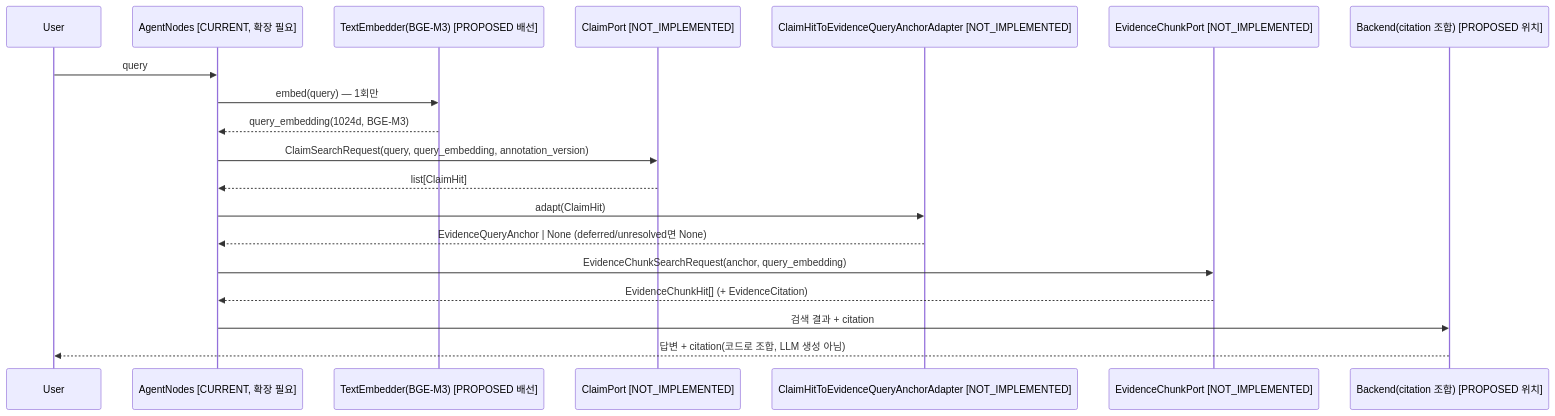
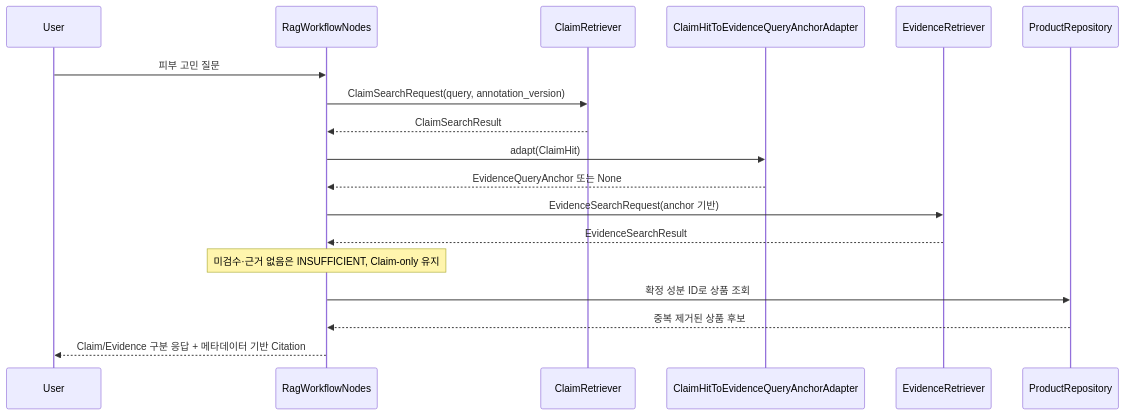
The diagram in docs/contracts/claim-evidence-rag-interface.md (gawonm/skincare), drawn with Mermaid before and after one commit. The commit also changed other lines of this file and 7 other files, not shown here.

Commit message:
docs(agent): 2-Layer RAG 계약과 작업 기록 정리

````diff
--- a/docs/contracts/claim-evidence-rag-interface.md
+++ b/docs/contracts/claim-evidence-rag-interface.md
@@ -411,22 +346,21 @@
 ```mermaid
 sequenceDiagram
     participant User
-    participant AgentNodes as AgentNodes [CURRENT, 확장 필요]
-    participant Embedder as TextEmbedder(BGE-M3) [PROPOSED 배선]
-    participant ClaimPort as ClaimPort [NOT_IMPLEMENTED]
-    participant Adapter as ClaimHitToEvidenceQueryAnchorAdapter [NOT_IMPLEMENTED]
-    participant EvidenceChunkPort as EvidenceChunkPort [NOT_IMPLEMENTED]
-    participant Backend as Backend(citation 조합) [PROPOSED 위치]
+    participant Workflow as RagWorkflowNodes
+    participant Claim as ClaimRetriever
+    participant Adapter as ClaimHitToEvidenceQueryAnchorAdapter
+    participant Evidence as EvidenceRetriever
+    participant Product as ProductRepository
 
-    User->>AgentNodes: query
-    AgentNodes->>Embedder: embed(query) — 1회만
-    Embedder-->>AgentNodes: query_embedding(1024d, BGE-M3)
-    AgentNodes->>ClaimPort: ClaimSearchRequest(query, query_embedding, annotation_version)
-    ClaimPort-->>AgentNodes: list[ClaimHit]
-    AgentNodes->>Adapter: adapt(ClaimHit)
-    Adapter-->>AgentNodes: EvidenceQueryAnchor | None (deferred/unresolved면 None)
-    AgentNodes->>EvidenceChunkPort: EvidenceChunkSearchRequest(anchor, query_embedding)
-    EvidenceChunkPort-->>AgentNodes: EvidenceChunkHit[] (+ EvidenceCitation)
-    AgentNodes->>Backend: 검색 결과 + citation
-    Backend-->>User: 답변 + citation(코드로 조합, LLM 생성 아님)
+    User->>Workflow: 피부 고민 질문
+    Workflow->>Claim: ClaimSearchRequest(query, annotation_version)
+    Claim-->>Workflow: ClaimSearchResult
+    Workflow->>Adapter: adapt(ClaimHit)
+    Adapter-->>Workflow: EvidenceQueryAnchor 또는 None
+    Workflow->>Evidence: EvidenceSearchRequest(anchor 기반)
+    Evidence-->>Workflow: EvidenceSearchResult
+    Note over Workflow: 미검수·근거 없음은 INSUFFICIENT, Claim-only 유지
+    Workflow->>Product: 확정 성분 ID로 상품 조회
+    Product-->>Workflow: 중복 제거된 상품 후보
+    Workflow-->>User: Claim/Evidence 구분 응답 + 메타데이터 기반 Citation
 ```
````
